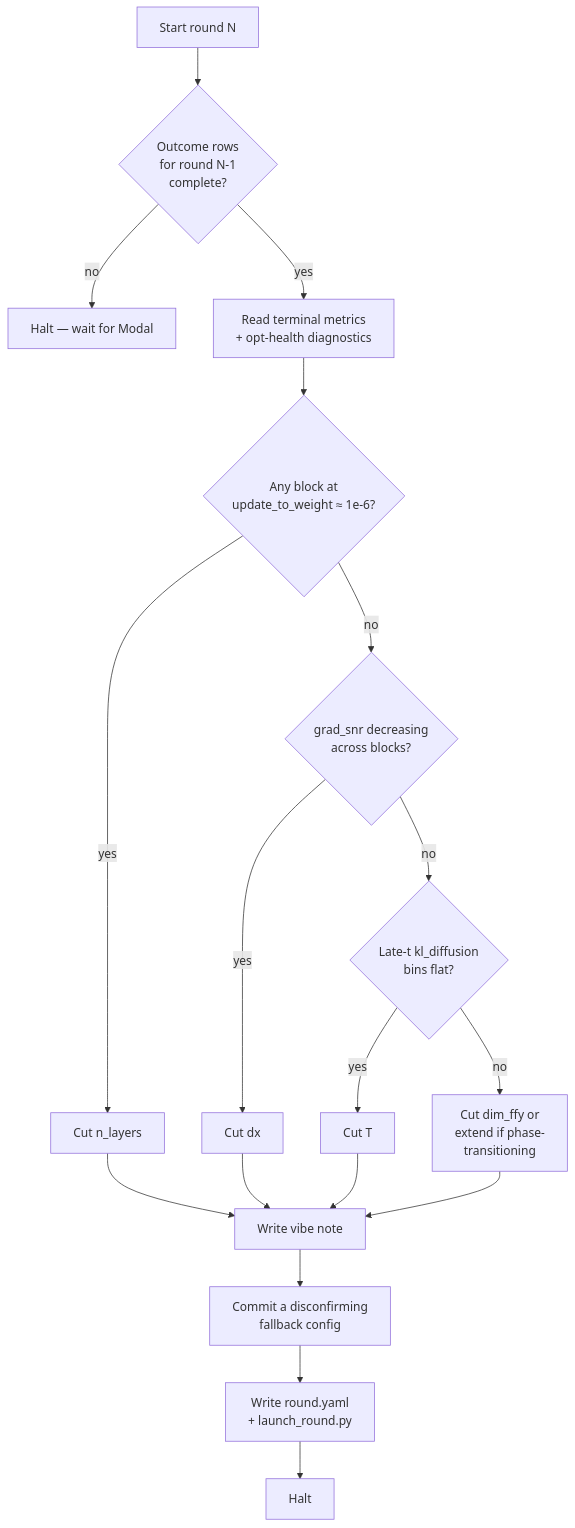
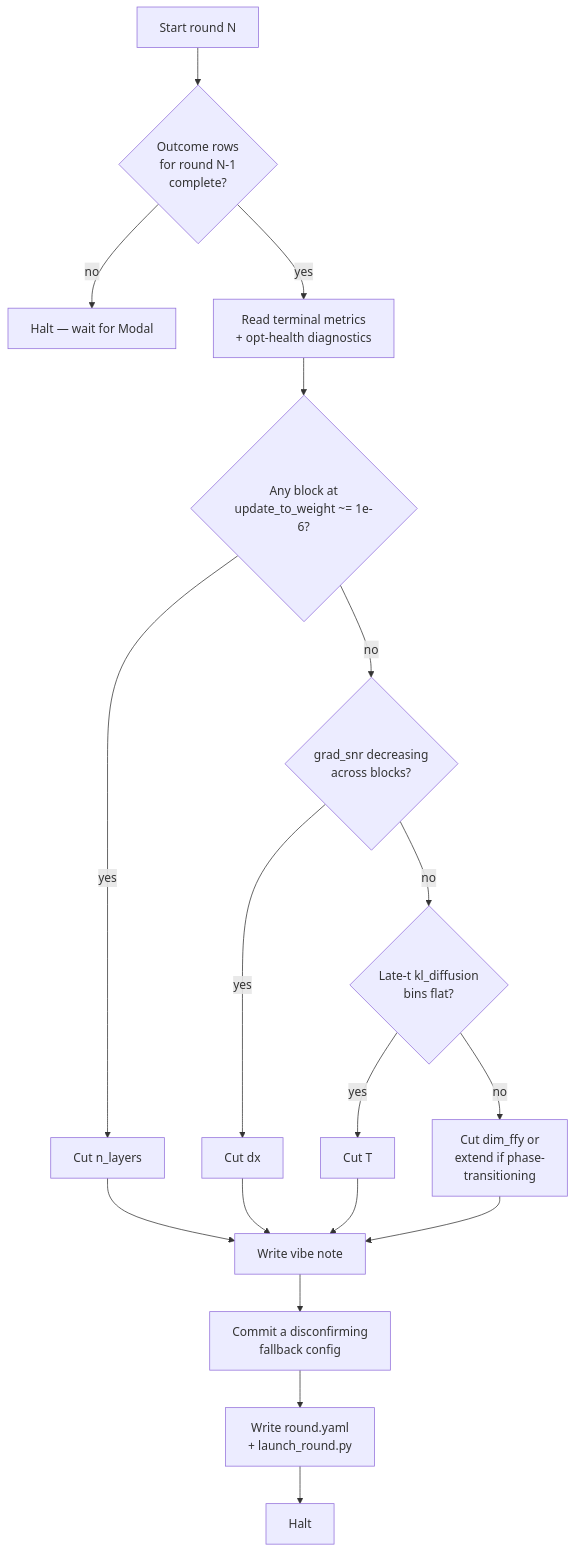
The second of 4 diagrams in tmgg/docs/experiments/sweep/smallest-config-2026-04-29/methodology.md (shervinkhalafi/graph_gen), drawn with Mermaid before and after one commit. The commit also changed other lines of this file, not shown here.

Commit message:
fix(docs): quote mermaid node labels with special chars to satisfy v10.2.3 parser

````diff
--- a/tmgg/docs/experiments/sweep/smallest-config-2026-04-29/methodology.md
+++ b/tmgg/docs/experiments/sweep/smallest-config-2026-04-29/methodology.md
@@ -129,20 +129,20 @@
 ```mermaid
 flowchart TD
-    A[Start round N] --> B{Outcome rows<br/>for round N-1<br/>complete?}
-    B -- no --> Z[Halt — wait for Modal]
-    B -- yes --> C[Read terminal metrics<br/>+ opt-health diagnostics]
-    C --> D{Any block at<br/>update_to_weight ≈ 1e-6?}
-    D -- yes --> E[Cut n_layers]
-    D -- no --> F{grad_snr decreasing<br/>across blocks?}
-    F -- yes --> G[Cut dx]
-    F -- no --> H{Late-t kl_diffusion<br/>bins flat?}
-    H -- yes --> I[Cut T]
-    H -- no --> J[Cut dim_ffy or<br/>extend if phase-<br/>transitioning]
-    E --> K[Write vibe note]
+    A["Start round N"] --> B{"Outcome rows<br/>for round N-1<br/>complete?"}
+    B -- no --> Z["Halt — wait for Modal"]
+    B -- yes --> C["Read terminal metrics<br/>+ opt-health diagnostics"]
+    C --> D{"Any block at<br/>update_to_weight ~= 1e-6?"}
+    D -- yes --> E["Cut n_layers"]
+    D -- no --> F{"grad_snr decreasing<br/>across blocks?"}
+    F -- yes --> G["Cut dx"]
+    F -- no --> H{"Late-t kl_diffusion<br/>bins flat?"}
+    H -- yes --> I["Cut T"]
+    H -- no --> J["Cut dim_ffy or<br/>extend if phase-<br/>transitioning"]
+    E --> K["Write vibe note"]
     G --> K
     I --> K
     J --> K
-    K --> L[Commit a disconfirming<br/>fallback config]
-    L --> M[Write round.yaml<br/>+ launch_round.py]
-    M --> N[Halt]
+    K --> L["Commit a disconfirming<br/>fallback config"]
+    L --> M["Write round.yaml<br/>+ launch_round.py"]
+    M --> N["Halt"]
 ```
````
